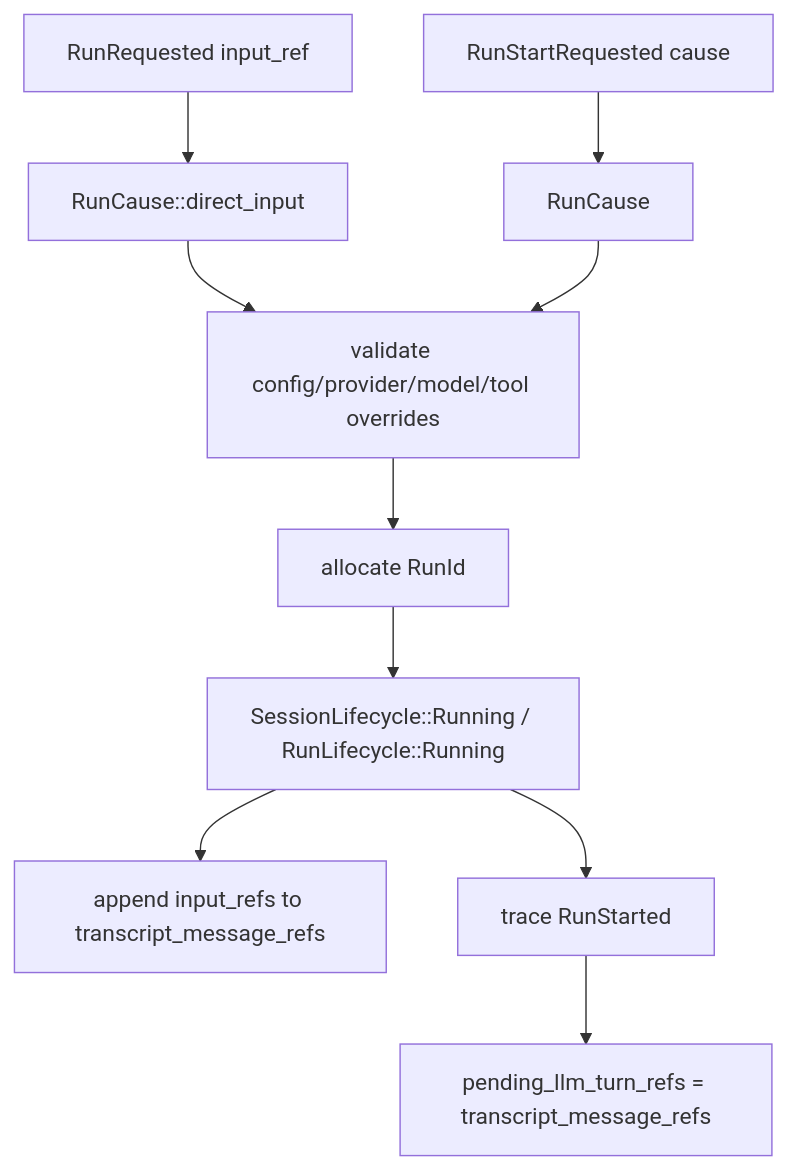
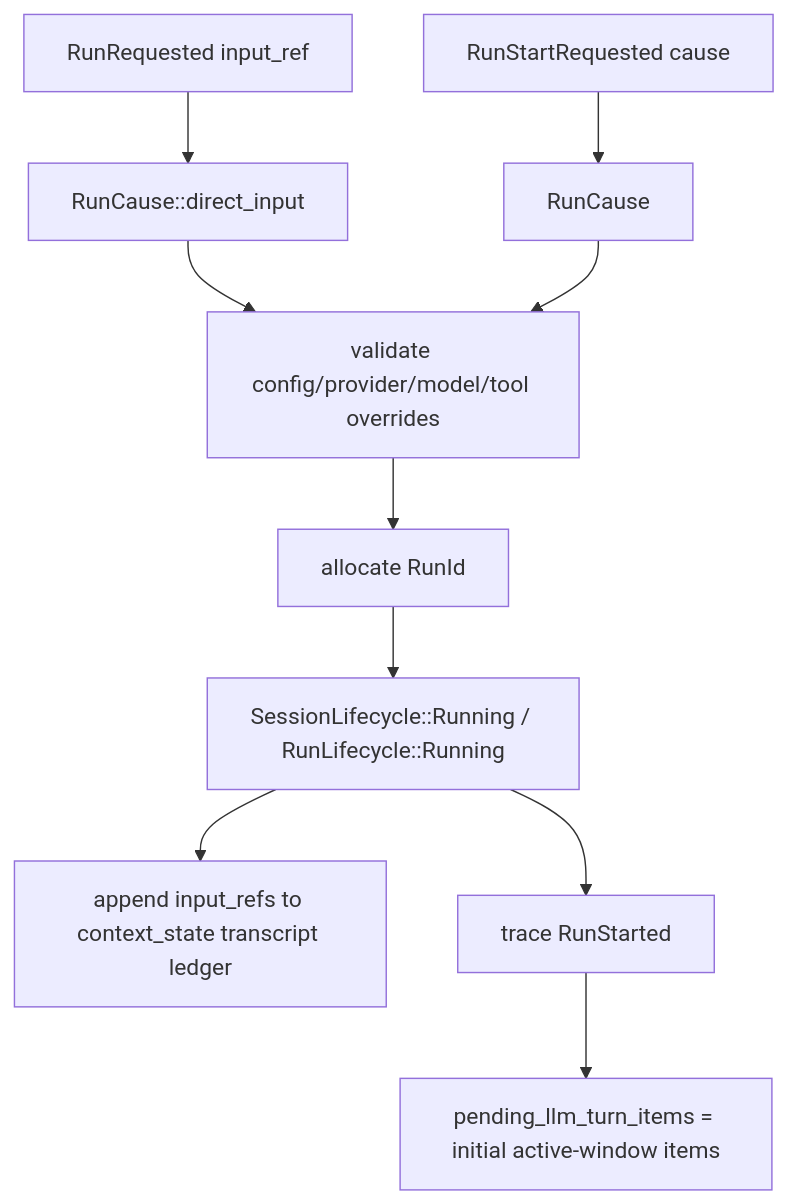
Before and after one commit to smartcomputer-ai/agent-os: the seventh of 22 diagrams in roadmap/v0.30-agent/visual-guide.md, drawn with Mermaid. The commit also changed other lines of this file and 32 other files, not shown here.

````diff
--- a/roadmap/v0.30-agent/visual-guide.md
+++ b/roadmap/v0.30-agent/visual-guide.md
@@ -423,12 +425,12 @@
 ```mermaid
 flowchart TD
   RunRequested[RunRequested input_ref] --> DirectCause[RunCause::direct_input]
   RunStartRequested[RunStartRequested cause] --> Cause[RunCause]
   DirectCause --> Validate[validate config/provider/model/tool overrides]
   Cause --> Validate
   Validate --> Allocate[allocate RunId]
   Allocate --> Running[SessionLifecycle::Running / RunLifecycle::Running]
-  Running --> Transcript[append input_refs to transcript_message_refs]
+  Running --> Transcript[append input_refs to context_state transcript ledger]
   Running --> TraceStart[trace RunStarted]
-  TraceStart --> QueueLLM[pending_llm_turn_refs = transcript_message_refs]
+  TraceStart --> QueueLLM[pending_llm_turn_items = initial active-window items]
 ```
````
